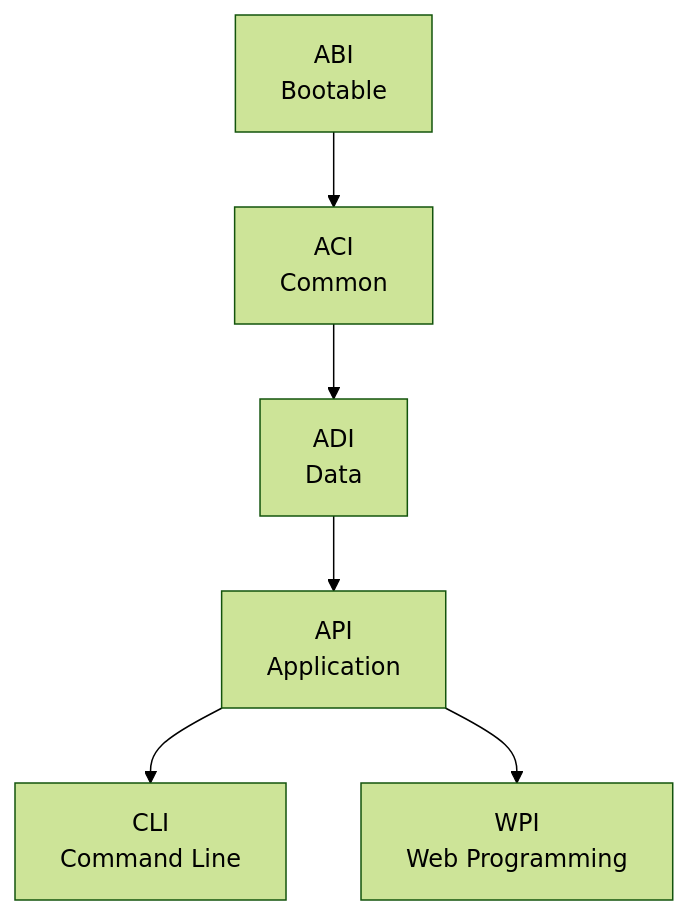
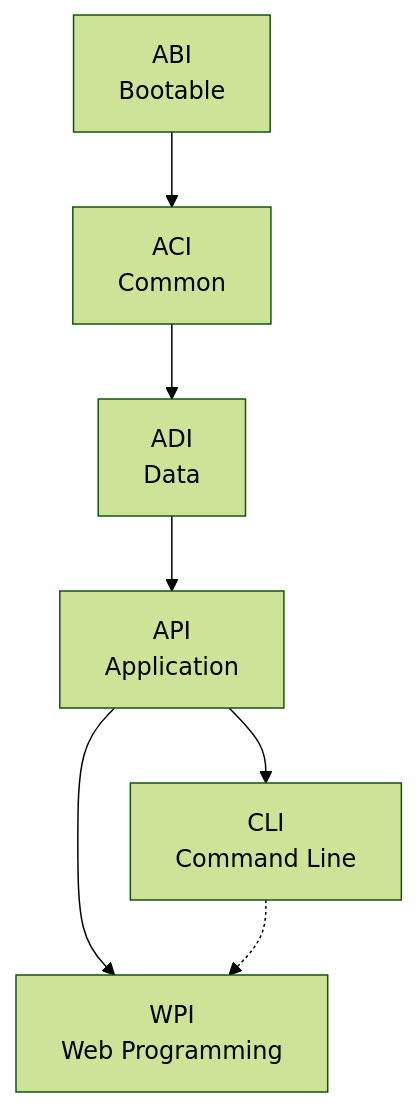
Before and after one commit to bootgly/bootgly_docs: the first of 2 diagrams in src/pages/manual/Bootgly/basic/architecture.overview.pt-BR.md, drawn with Mermaid (forest theme). The commit also changed other lines of this file and 1 other file, not shown here.

Commit message:
docs: update architecture pages

````diff
--- a/src/pages/manual/Bootgly/basic/architecture.overview.pt-BR.md
+++ b/src/pages/manual/Bootgly/basic/architecture.overview.pt-BR.md
@@ -42,8 +79,9 @@
 ```mermaid
 graph TB
   ABI["ABI\nBootable"] --> ACI["ACI\nCommon"]
   ACI --> ADI["ADI\nData"]
   ADI --> API["API\nApplication"]
   API --> CLI["CLI\nCommand Line"]
   API --> WPI["WPI\nWeb Programming"]
+  CLI -.-> WPI
 ```
````
